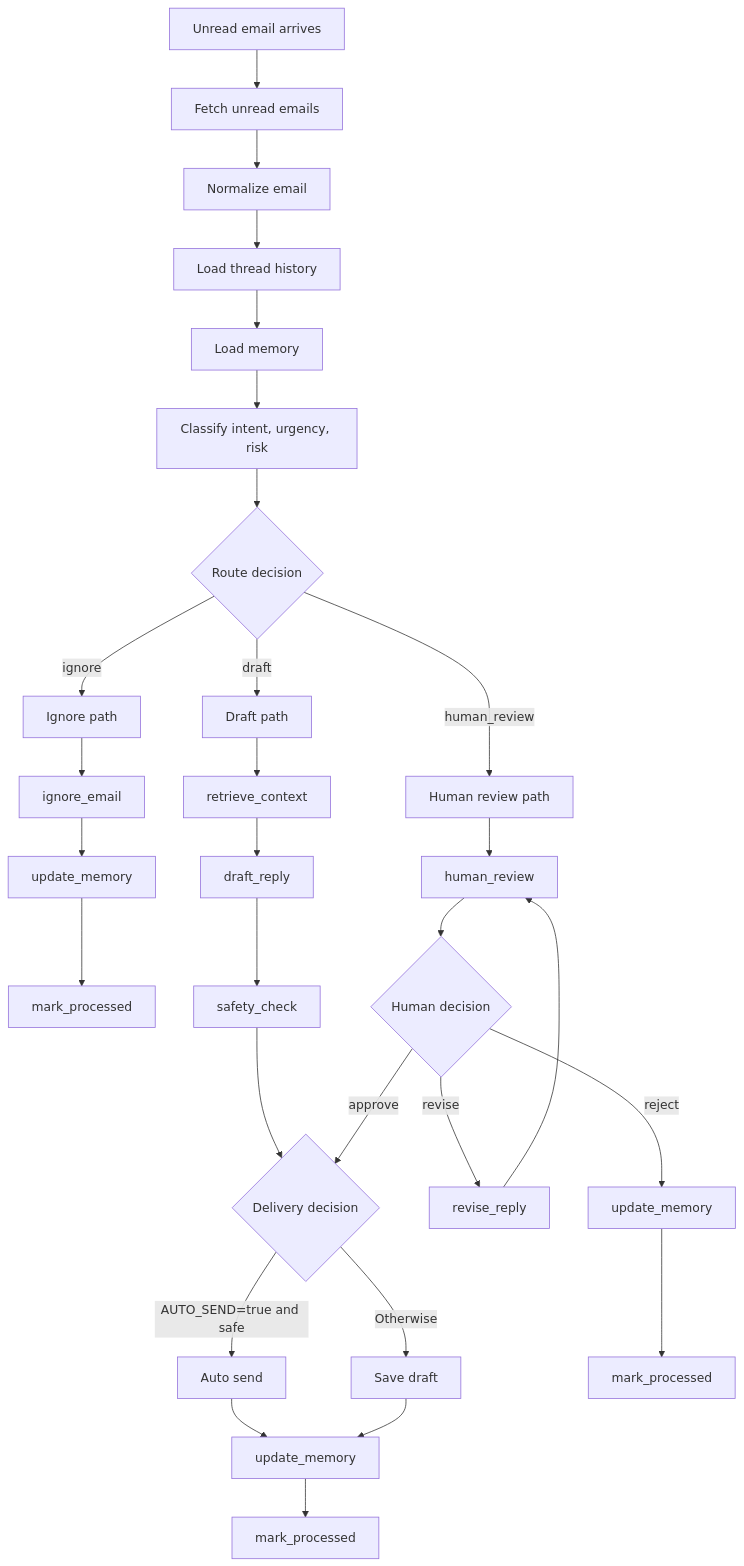
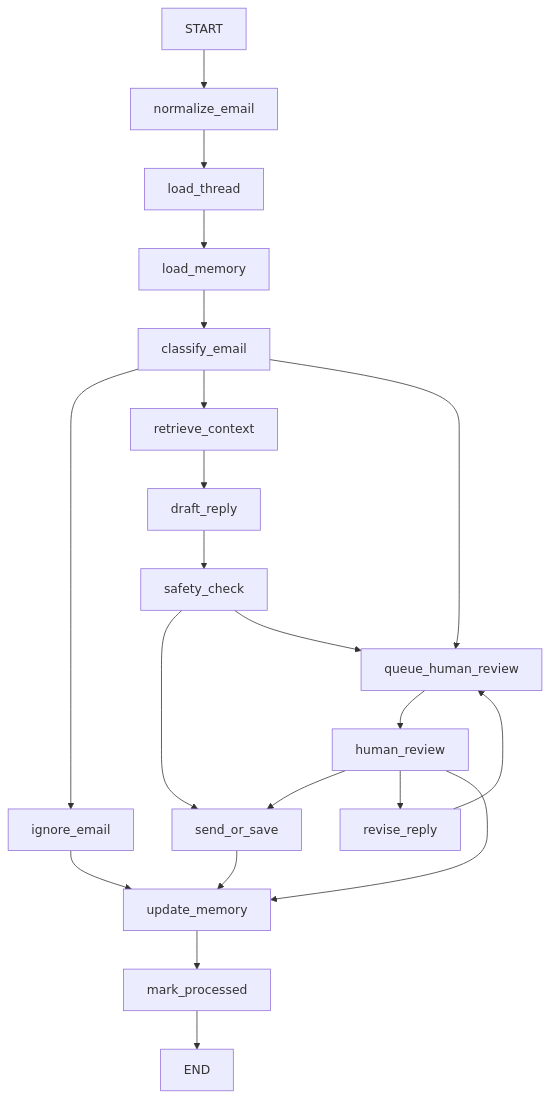
Before and after one commit to ISHADOW007/GMAIL-AGENT: the second of 2 diagrams in README.md, drawn with Mermaid. The commit also changed other lines of this file and 1 other file, not shown here.

````diff
--- a/README.md
+++ b/README.md
@@ -63,35 +45,30 @@
 ```mermaid
 flowchart TD
-    A["Unread email arrives"] --> B["Fetch unread emails"]
-    B --> C["Normalize email"]
-    C --> D["Load thread history"]
-    D --> E["Load memory"]
-    E --> F["Classify intent, urgency, risk"]
-    F --> G{"Route decision"}
+    A["START"] --> B["normalize_email"]
+    B --> C["load_thread"]
+    C --> D["load_memory"]
+    D --> E["classify_email"]
 
-    G -->|"ignore"| H["Ignore path"]
-    G -->|"draft"| I["Draft path"]
-    G -->|"human_review"| J["Human review path"]
+    E --> F["ignore_email"]
+    E --> G["retrieve_context"]
+    E --> H["queue_human_review"]
 
-    H --> H1["ignore_email"]
-    H1 --> H2["update_memory"]
-    H2 --> H3["mark_processed"]
+    G --> I["draft_reply"]
+    I --> J["safety_check"]
 
-    I --> I1["retrieve_context"]
-    I1 --> I2["draft_reply"]
-    I2 --> I3["safety_check"]
-    I3 --> K{"Delivery decision"}
-    K -->|"AUTO_SEND=true and safe"| L["Auto send"]
-    K -->|"Otherwise"| M["Save draft"]
+    J --> K["send_or_save"]
+    J --> H
+
+    H --> L["human_review"]
+
+    L --> K
+    L --> M["revise_reply"]
     L --> N["update_memory"]
-    M --> N
+
+    M --> H
+
+    F --> N
+    K --> N
     N --> O["mark_processed"]
-
-    J --> J1["human_review"]
-    J1 --> J2{"Human decision"}
-    J2 -->|"approve"| K
-    J2 -->|"revise"| J3["revise_reply"]
-    J2 -->|"reject"| J4["update_memory"]
-    J3 --> J1
-    J4 --> J5["mark_processed"]
+    O --> P["END"]
 ```
````
